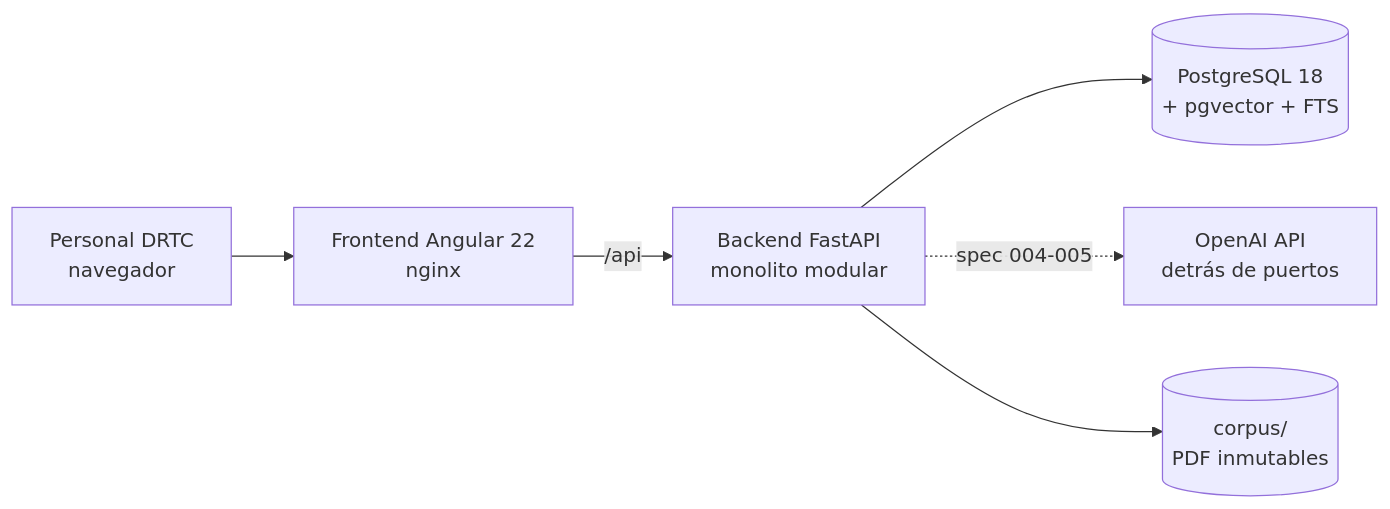
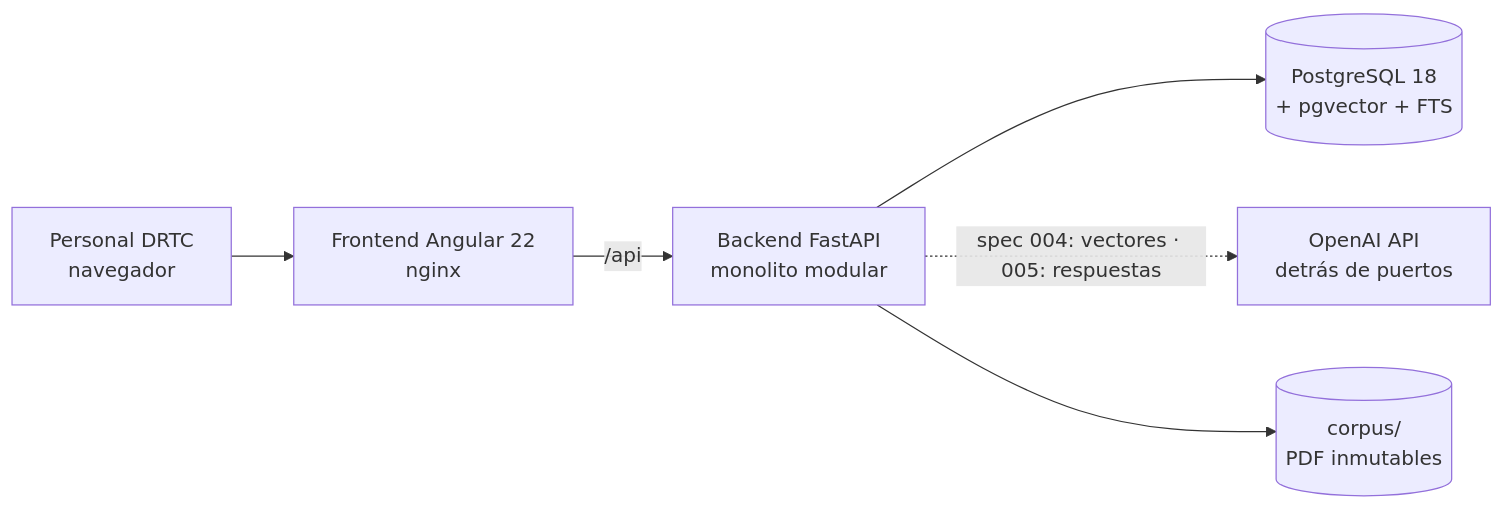
The diagram in README.md (ArtStyle19/drtc-chatbot), drawn with Mermaid before and after one commit. The commit also changed other lines of this file and 3 other files, not shown here.

First line of the commit message:
docs(search): status of spec 004, README quick start and roadmap

````diff
--- a/README.md
+++ b/README.md
@@ -32,8 +35,8 @@
 ```mermaid
 flowchart LR
   U[Personal DRTC<br/>navegador] --> FE[Frontend Angular 22<br/>nginx]
   FE -->|/api| API[Backend FastAPI<br/>monolito modular]
   API --> PG[(PostgreSQL 18<br/>+ pgvector + FTS)]
-  API -.->|spec 004-005| AI[OpenAI API<br/>detrás de puertos]
+  API -.->|spec 004: vectores · 005: respuestas| AI[OpenAI API<br/>detrás de puertos]
   API --> C[(corpus/<br/>PDF inmutables)]
 ```
````
